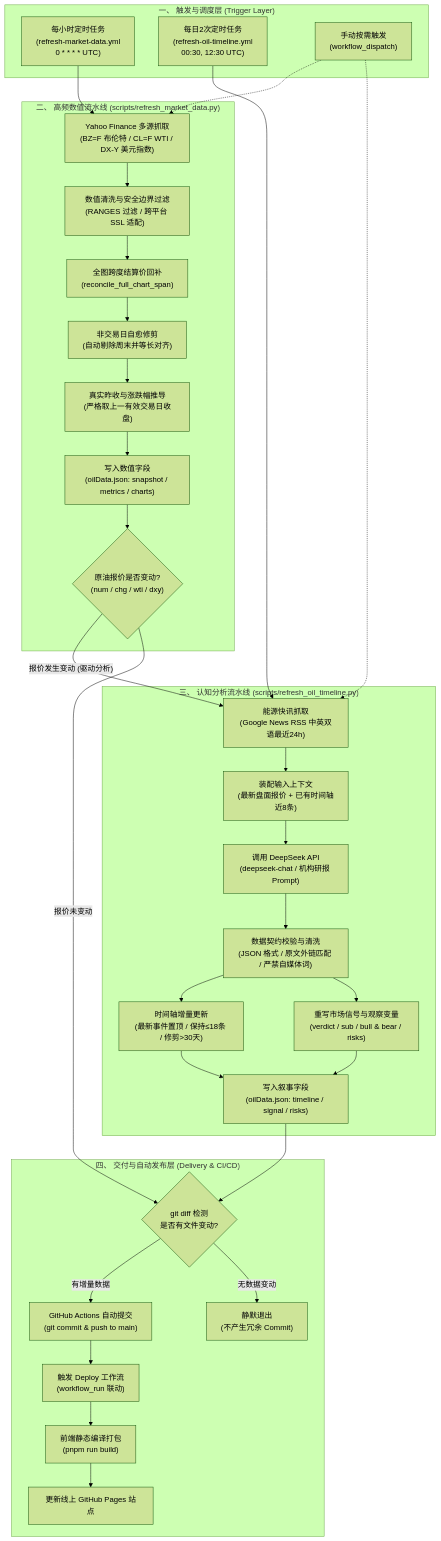
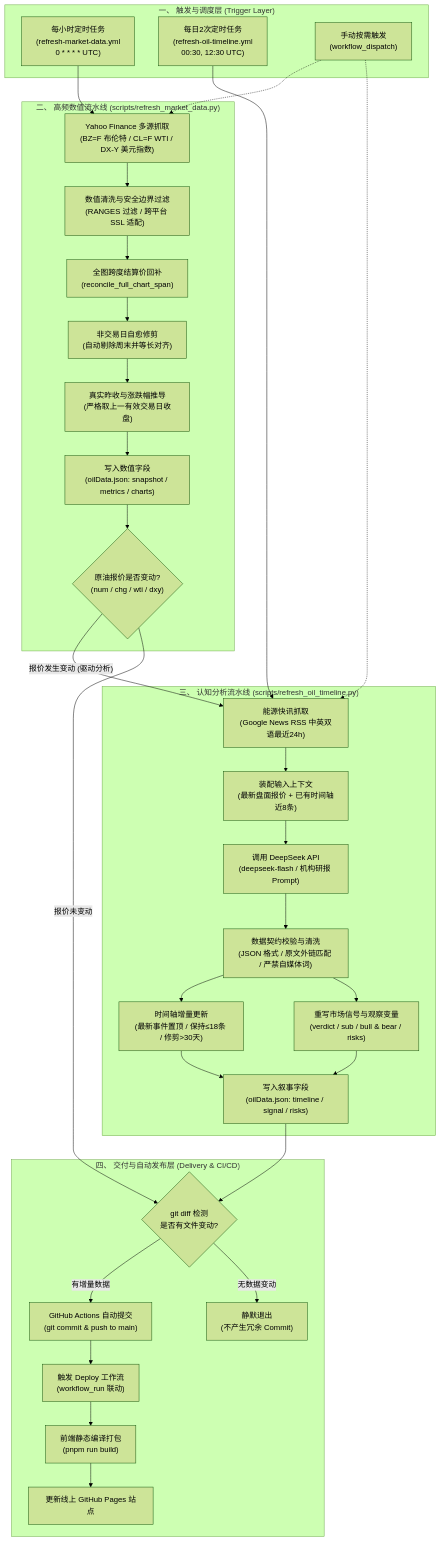
Before and after one commit to daiwanxing/MarketTracker: the diagram in docs/oil/pipeline.md, drawn with Mermaid (forest theme). The commit also changed other lines of this file and 1 other file, not shown here.

Commit message:
chore(oil): 将 DeepSeek 调用模型与文档升级为官方最新 deepseek-flash (DeepSeek-V4.1-Flash)

````diff
--- a/docs/oil/pipeline.md
+++ b/docs/oil/pipeline.md
@@ -9,72 +9,72 @@
 ```mermaid
 graph TD
     subgraph Triggers ["一、 触发与调度层 (Trigger Layer)"]
         cronHourly["每小时定时任务<br/>(refresh-market-data.yml<br/>0 * * * * UTC)"]
         cronTwiceDaily["每日2次定时任务<br/>(refresh-oil-timeline.yml<br/>00:30, 12:30 UTC)"]
         manualDispatch["手动按需触发<br/>(workflow_dispatch)"]
     end
 
     subgraph NumericalPipeline ["二、 高频数值流水线 (scripts/refresh_market_data.py)"]
         fetchYahoo["Yahoo Finance 多源抓取<br/>(BZ=F 布伦特 / CL=F WTI / DX-Y 美元指数)"]
         sanitizeNum["数值清洗与安全边界过滤<br/>(RANGES 过滤 / 跨平台 SSL 适配)"]
         reconcileSettlement["全图跨度结算价回补<br/>(reconcile_full_chart_span)"]
         pruneWeekend["非交易日自愈修剪<br/>(自动剔除周末并等长对齐)"]
         calcChange["真实昨收与涨跌幅推导<br/>(严格取上一有效交易日收盘)"]
         writeNumJson["写入数值字段<br/>(oilData.json: snapshot / metrics / charts)"]
         checkQuoteChange{"原油报价是否变动?<br/>(num / chg / wti / dxy)"}
     end
 
     subgraph NarrativePipeline ["三、 认知分析流水线 (scripts/refresh_oil_timeline.py)"]
         fetchRss["能源快讯抓取<br/>(Google News RSS 中英双语最近24h)"]
         readContext["装配输入上下文<br/>(最新盘面报价 + 已有时间轴近8条)"]
-        callDeepSeek["调用 DeepSeek API<br/>(deepseek-chat / 机构研报 Prompt)"]
+        callDeepSeek["调用 DeepSeek API<br/>(deepseek-flash / 机构研报 Prompt)"]
         validateModelJson["数据契约校验与清洗<br/>(JSON 格式 / 原文外链匹配 / 严禁自媒体词)"]
         mergeTimeline["时间轴增量更新<br/>(最新事件置顶 / 保持≤18条 / 修剪>30天)"]
         updateSignalRisks["重写市场信号与观察变量<br/>(verdict / sub / bull & bear / risks)"]
         writeNarrativeJson["写入叙事字段<br/>(oilData.json: timeline / signal / risks)"]
     end
 
     subgraph DeliveryPipeline ["四、 交付与自动发布层 (Delivery & CI/CD)"]
         gitDiffCheck{"git diff 检测<br/>是否有文件变动?"}
         gitCommitPush["GitHub Actions 自动提交<br/>(git commit & push to main)"]
         deployTrigger["触发 Deploy 工作流<br/>(workflow_run 联动)"]
         viteBuild["前端静态编译打包<br/>(pnpm run build)"]
         ghPagesDeploy["更新线上 GitHub Pages 站点"]
         noOp["静默退出<br/>(不产生冗余 Commit)"]
     end
 
     %% 触发连接
     cronHourly --> fetchYahoo
     manualDispatch -.-> fetchYahoo
     manualDispatch -.-> fetchRss
     cronTwiceDaily --> fetchRss
 
     %% 数值流水线连接
     fetchYahoo --> sanitizeNum
     sanitizeNum --> reconcileSettlement
     reconcileSettlement --> pruneWeekend
     pruneWeekend --> calcChange
     calcChange --> writeNumJson
     writeNumJson --> checkQuoteChange
 
     %% 事件驱动联动触发
     checkQuoteChange -->|"报价发生变动 (驱动分析)"| fetchRss
     checkQuoteChange -->|"报价未变动"| gitDiffCheck
 
     %% 认知分析流水线连接
     fetchRss --> readContext
     readContext --> callDeepSeek
     callDeepSeek --> validateModelJson
     validateModelJson --> mergeTimeline
     validateModelJson --> updateSignalRisks
     mergeTimeline --> writeNarrativeJson
     updateSignalRisks --> writeNarrativeJson
     writeNarrativeJson --> gitDiffCheck
 
     %% 交付流水线连接
     gitDiffCheck -->|"有增量数据"| gitCommitPush
     gitDiffCheck -->|"无数据变动"| noOp
     gitCommitPush --> deployTrigger
     deployTrigger --> viteBuild
     viteBuild --> ghPagesDeploy
 ```
````
